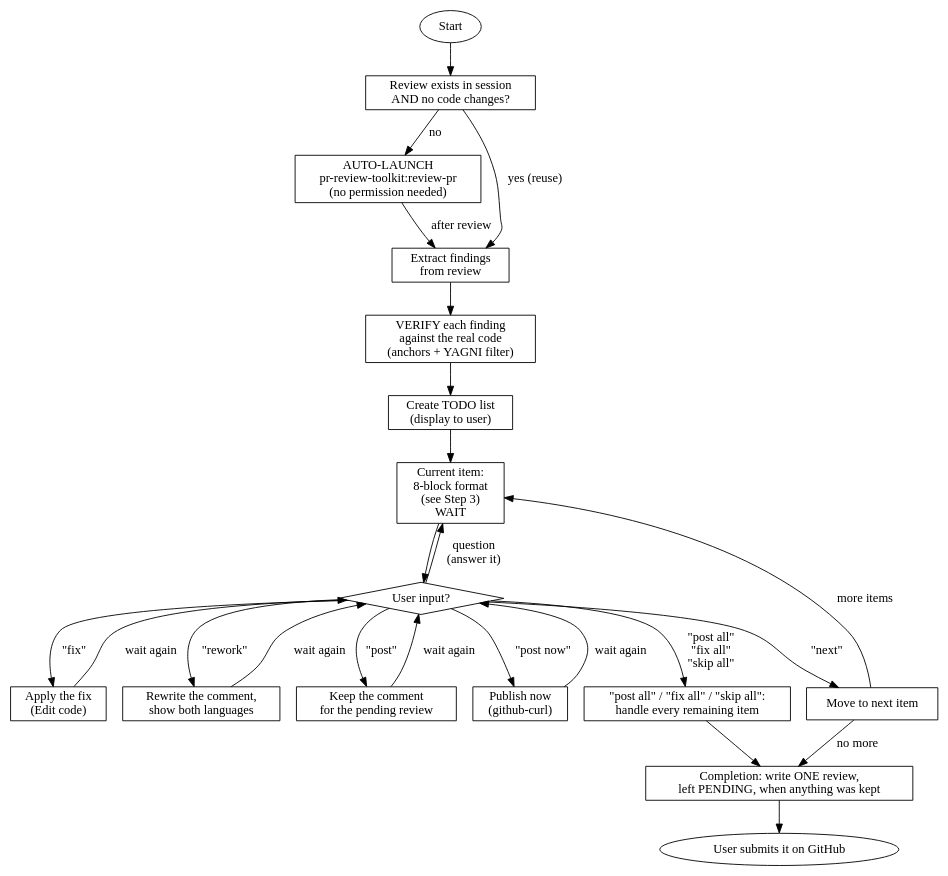
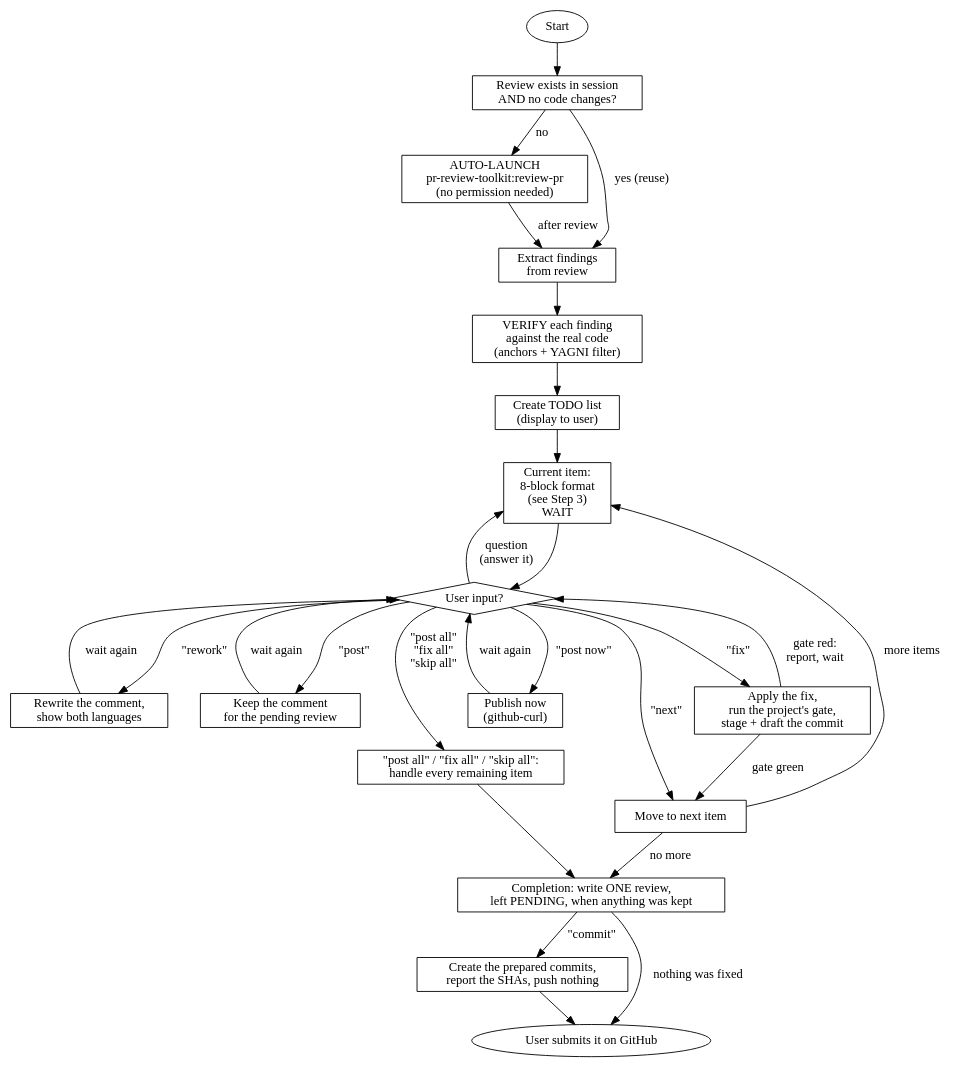
The diagram in skills/start-review/SKILL.md (LounisBou/claude-review), drawn with Graphviz before and after one commit. The commit also changed other lines of this file and 1 other file, not shown here.

First line of the commit message:
Run the gate, prepare the commit and advance after a fix

````diff
--- a/skills/start-review/SKILL.md
+++ b/skills/start-review/SKILL.md
@@ -66,47 +66,51 @@
 ```dot
 digraph start_review {
     rankdir=TB;
     node [shape=box];
 
     start [label="Start" shape=ellipse];
     check_review [label="Review exists in session\nAND no code changes?"];
     auto_launch [label="AUTO-LAUNCH\npr-review-toolkit:review-pr\n(no permission needed)"];
     extract [label="Extract findings\nfrom review"];
     verify [label="VERIFY each finding\nagainst the real code\n(anchors + YAGNI filter)"];
     create_todo [label="Create TODO list\n(display to user)"];
     current [label="Current item:\n8-block format\n(see Step 3)\nWAIT"];
     user_input [label="User input?" shape=diamond];
-    apply_fix [label="Apply the fix\n(Edit code)"];
+    apply_fix [label="Apply the fix,\nrun the project's gate,\nstage + draft the commit"];
     rework [label="Rewrite the comment,\nshow both languages"];
     post [label="Keep the comment\nfor the pending review"];
     post_now [label="Publish now\n(github-curl)"];
     batch [label="\"post all\" / \"fix all\" / \"skip all\":\nhandle every remaining item"];
     next_item [label="Move to next item"];
     completion [label="Completion: write ONE review,\nleft PENDING, when anything was kept"];
+    commit_cmd [label="Create the prepared commits,\nreport the SHAs, push nothing"];
     done [label="User submits it on GitHub" shape=ellipse];
 
     start -> check_review;
     check_review -> extract [label="yes (reuse)"];
     check_review -> auto_launch [label="no"];
     auto_launch -> extract [label="after review"];
     extract -> verify;
     verify -> create_todo;
     create_todo -> current;
     current -> user_input;
     user_input -> apply_fix [label="\"fix\""];
     user_input -> post [label="\"post\""];
     user_input -> post_now [label="\"post now\""];
     user_input -> rework [label="\"rework\""];
     user_input -> batch [label="\"post all\"\n\"fix all\"\n\"skip all\""];
     user_input -> next_item [label="\"next\""];
     user_input -> current [label="question\n(answer it)"];
-    apply_fix -> user_input [label="wait again"];
+    apply_fix -> user_input [label="gate red:\nreport, wait"];
+    apply_fix -> next_item [label="gate green"];
     post -> user_input [label="wait again"];
     post_now -> user_input [label="wait again"];
     rework -> user_input [label="wait again"];
     batch -> completion;
     next_item -> current [label="more items"];
     next_item -> completion [label="no more"];
-    completion -> done;
+    completion -> commit_cmd [label="\"commit\""];
+    completion -> done [label="nothing was fixed"];
+    commit_cmd -> done;
 }
 ```
````
